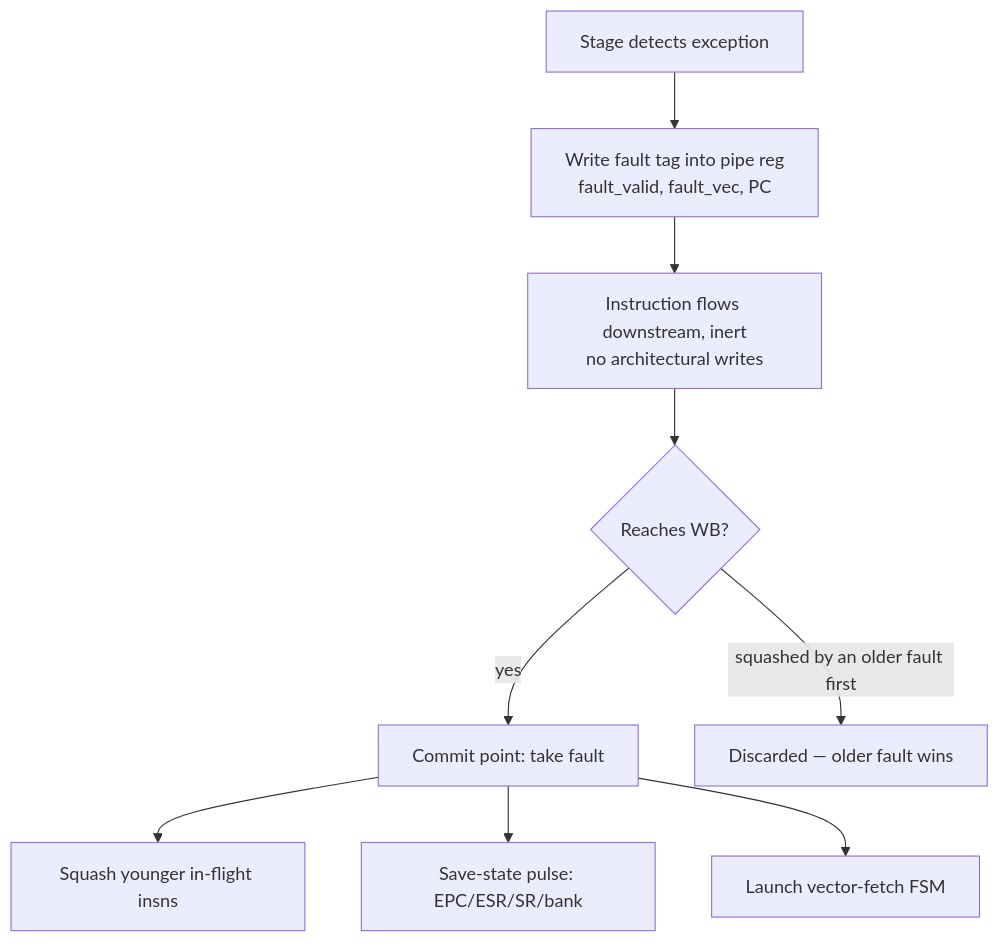
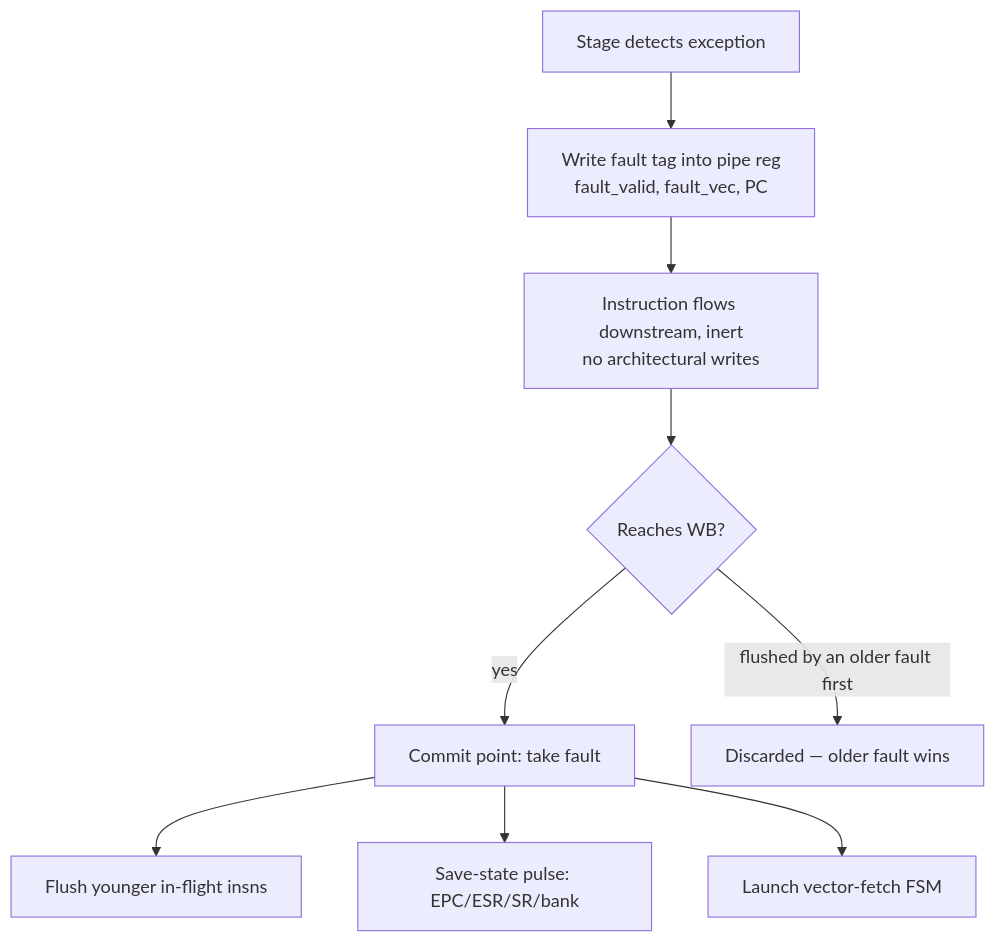
One commit to lonemeow/penumbra-minicomputer changed the first of 2 diagrams in doc/internals/penumbra2/exception-flow.md. Above: the diagram before and after it, drawn with Mermaid. The commit also changed other lines of this file and 11 other files, not shown here.

````diff
--- a/doc/internals/penumbra2/exception-flow.md
+++ b/doc/internals/penumbra2/exception-flow.md
@@ -206,11 +206,11 @@
 ```mermaid
 flowchart TD
     D[Stage detects exception] --> T[Write fault tag into pipe reg<br/>fault_valid, fault_vec, PC]
     T --> F[Instruction flows downstream, inert<br/>no architectural writes]
     F --> W{Reaches WB?}
     W -- yes --> C[Commit point: take fault]
-    C --> S1[Squash younger in-flight insns]
+    C --> S1[Flush younger in-flight insns]
     C --> S2[Save-state pulse: EPC/ESR/SR/bank]
     C --> S3[Launch vector-fetch FSM]
-    W -- "squashed by an older fault first" --> X[Discarded — older fault wins]
+    W -- "flushed by an older fault first" --> X[Discarded — older fault wins]
 ```
````
